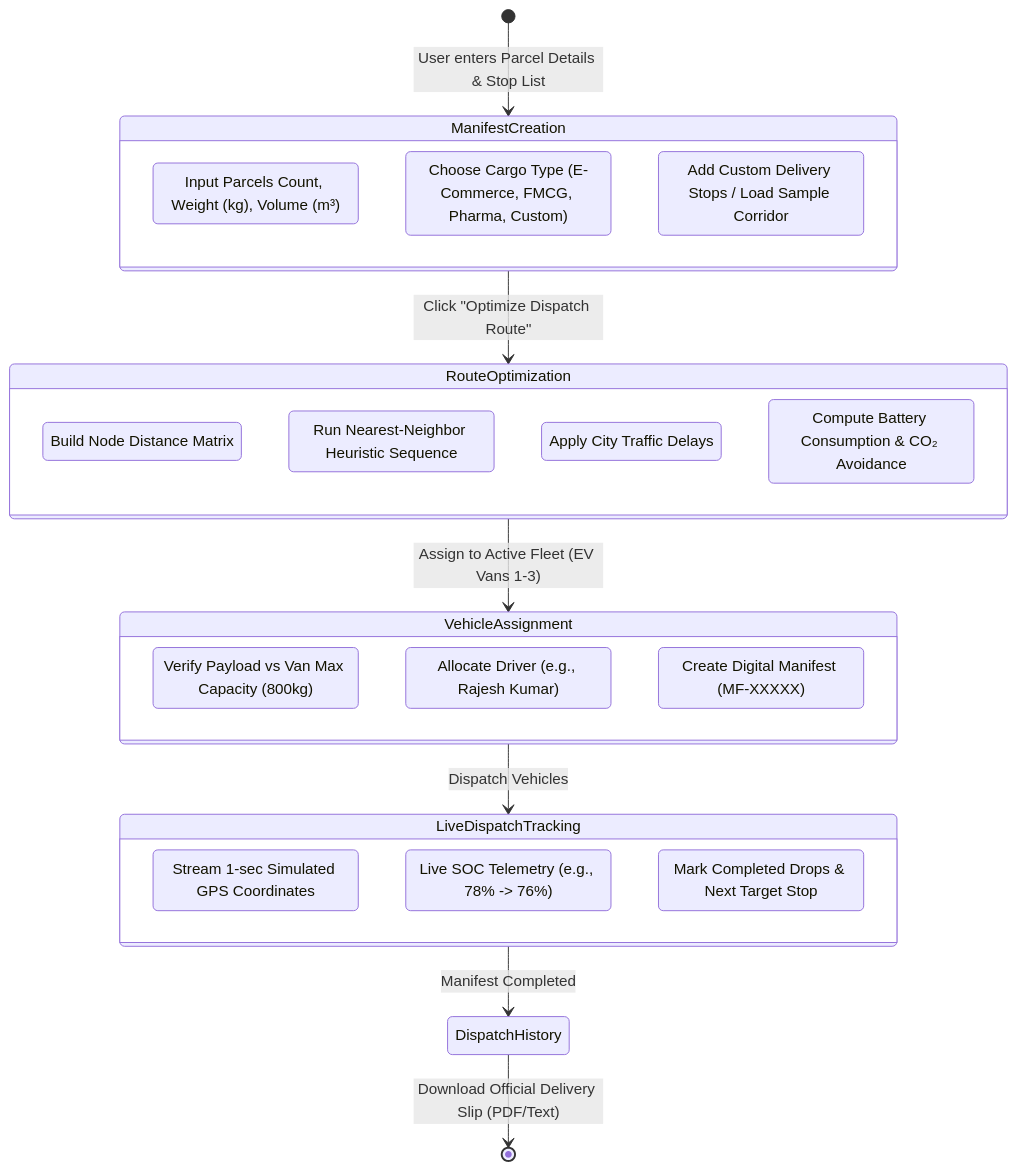
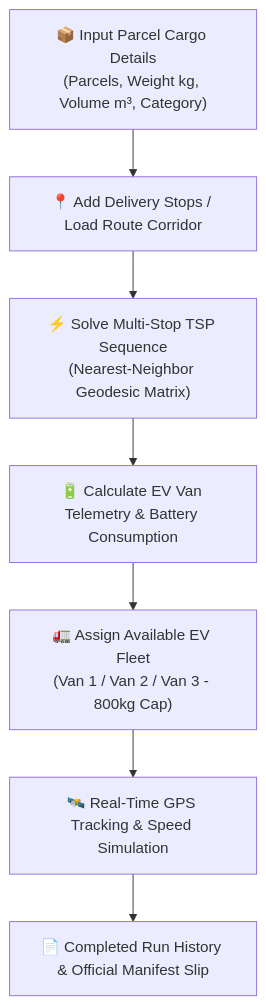
One commit to avijiitt/msfr-app-for-hackathon changed the third of 6 diagrams in WORKFLOW.md. Above: the diagram before and after it, drawn with Mermaid. The commit also changed other lines of this file and 1 other file, not shown here.

Commit message:
docs: add 10 unique USPs and embed Trauma SOS workflow for SIH evaluation

````diff
--- a/WORKFLOW.md
+++ b/WORKFLOW.md
@@ -124,38 +124,9 @@
 ```mermaid
-stateDiagram-v2
-    [*] --> ManifestCreation : User enters Parcel Details & Stop List
-    
-    state ManifestCreation {
-        InputParcels : Input Parcels Count, Weight (kg), Volume (m³)
-        SelectType : Choose Cargo Type (E-Commerce, FMCG, Pharma, Custom)
-        AddStops : Add Custom Delivery Stops / Load Sample Corridor
-    }
-
-    ManifestCreation --> RouteOptimization : Click "Optimize Dispatch Route"
-    
-    state RouteOptimization {
-        CalculateDistances : Build Node Distance Matrix
-        SolveTSP : Run Nearest-Neighbor Heuristic Sequence
-        SimulateTraffic : Apply City Traffic Delays
-        EVImpact : Compute Battery Consumption & CO₂ Avoidance
-    }
-
-    RouteOptimization --> VehicleAssignment : Assign to Active Fleet (EV Vans 1-3)
-    
-    state VehicleAssignment {
-        CheckCapacity : Verify Payload vs Van Max Capacity (800kg)
-        AssignDriver : Allocate Driver (e.g., Rajesh Kumar)
-        GenerateManifest : Create Digital Manifest (MF-XXXXX)
-    }
-
-    VehicleAssignment --> LiveDispatchTracking : Dispatch Vehicles
-    
-    state LiveDispatchTracking {
-        GPSBroadcast : Stream 1-sec Simulated GPS Coordinates
-        BatteryMonitoring : Live SOC Telemetry (e.g., 78% -> 76%)
-        StopProgress : Mark Completed Drops & Next Target Stop
-    }
-
-    LiveDispatchTracking --> DispatchHistory : Manifest Completed
-    DispatchHistory --> [*] : Download Official Delivery Slip (PDF/Text)
+graph TD
+    A["📦 Input Parcel Cargo Details<br/>(Parcels, Weight kg, Volume m³, Category)"] --> B["📍 Add Delivery Stops / Load Route Corridor"]
+    B --> C["⚡ Solve Multi-Stop TSP Sequence<br/>(Nearest-Neighbor Geodesic Matrix)"]
+    C --> D["🔋 Calculate EV Van Telemetry & Battery Consumption"]
+    D --> E["🚛 Assign Available EV Fleet<br/>(Van 1 / Van 2 / Van 3 - 800kg Cap)"]
+    E --> F["🛰️ Real-Time GPS Tracking & Speed Simulation"]
+    F --> G["📄 Completed Run History & Official Manifest Slip"]
 ```
````
